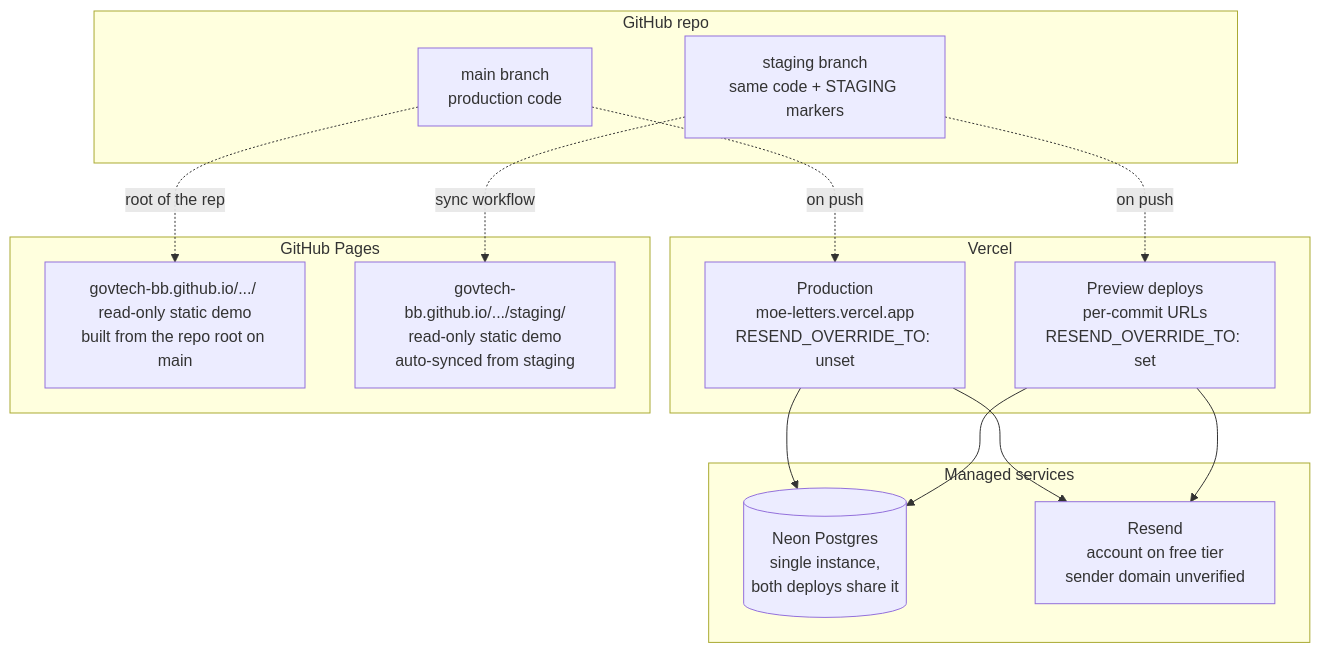
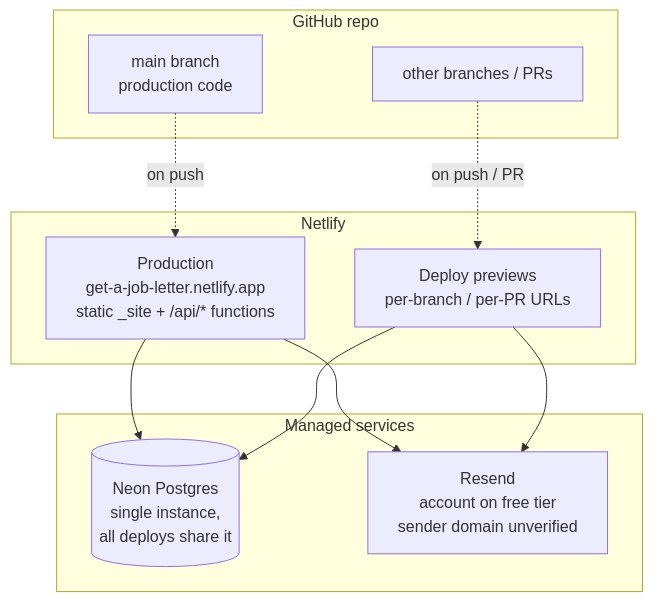
One commit to govtech-bb/Get-a-job-letter-from-the-Ministry-of-Education changed the sixth of 6 diagrams in ARCHITECTURE.md. Above: the diagram before and after it, drawn with Mermaid. The commit also changed other lines of this file and 58 other files, not shown here.

First line of the commit message:
Move the deploy to Netlify and drop GitHub Pages

````diff
--- a/ARCHITECTURE.md
+++ b/ARCHITECTURE.md
@@ -255,31 +255,24 @@
 ```mermaid
 flowchart TB
   subgraph github[GitHub repo]
     main[main branch<br/>production code]
-    staging[staging branch<br/>same code + STAGING markers]
+    branches[other branches / PRs]
   end
 
-  subgraph vercel[Vercel]
-    prod[Production<br/>moe-letters.vercel.app<br/>RESEND_OVERRIDE_TO: unset]
-    preview[Preview deploys<br/>per-commit URLs<br/>RESEND_OVERRIDE_TO: set]
-  end
-
-  subgraph ghpages[GitHub Pages]
-    pageprod[govtech-bb.github.io/.../ <br/>read-only static demo<br/>built from the repo root on main]
-    pagestaging[govtech-bb.github.io/.../staging/<br/>read-only static demo<br/>auto-synced from staging]
+  subgraph netlify[Netlify]
+    prod[Production<br/>get-a-job-letter.netlify.app<br/>static _site + /api/* functions]
+    preview[Deploy previews<br/>per-branch / per-PR URLs]
   end
 
   subgraph external[Managed services]
-    neon[(Neon Postgres<br/>single instance,<br/>both deploys share it)]
+    neon[(Neon Postgres<br/>single instance,<br/>all deploys share it)]
     resend[Resend<br/>account on free tier<br/>sender domain unverified]
   end
 
   main -.on push.-> prod
-  staging -.on push.-> preview
-  main -.root of the repo.-> pageprod
-  staging -.sync workflow.-> pagestaging
+  branches -.on push / PR.-> preview
   prod --> neon
   prod --> resend
   preview --> neon
   preview --> resend
 ```
````
